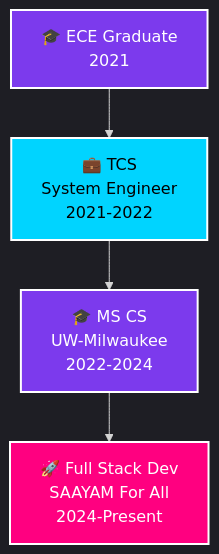
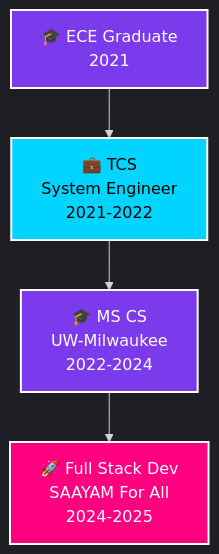
Before and after one commit to ShreyaAdla/ShreyaAdla: the diagram in README.md, drawn with Mermaid.

````diff
--- a/README.md
+++ b/README.md
@@ -69,12 +69,12 @@
 ```mermaid
 %%{init: {'theme':'dark'}}%%
 graph TD
     A[🎓 ECE Graduate<br/>2021] --> B[💼 TCS<br/>System Engineer<br/>2021-2022]
     B --> C[🎓 MS CS<br/>UW-Milwaukee<br/>2022-2024]
-    C --> D[🚀 Full Stack Dev<br/>SAAYAM For All<br/>2024-Present]
+    C --> D[🚀 Full Stack Dev<br/>SAAYAM For All<br/>2024-2025]
     
     style A fill:#7c3aed,stroke:#fff,stroke-width:2px,color:#fff
     style B fill:#00d4ff,stroke:#fff,stroke-width:2px,color:#000
     style C fill:#7c3aed,stroke:#fff,stroke-width:2px,color:#fff
     style D fill:#ff0080,stroke:#fff,stroke-width:2px,color:#fff
 ```
````
